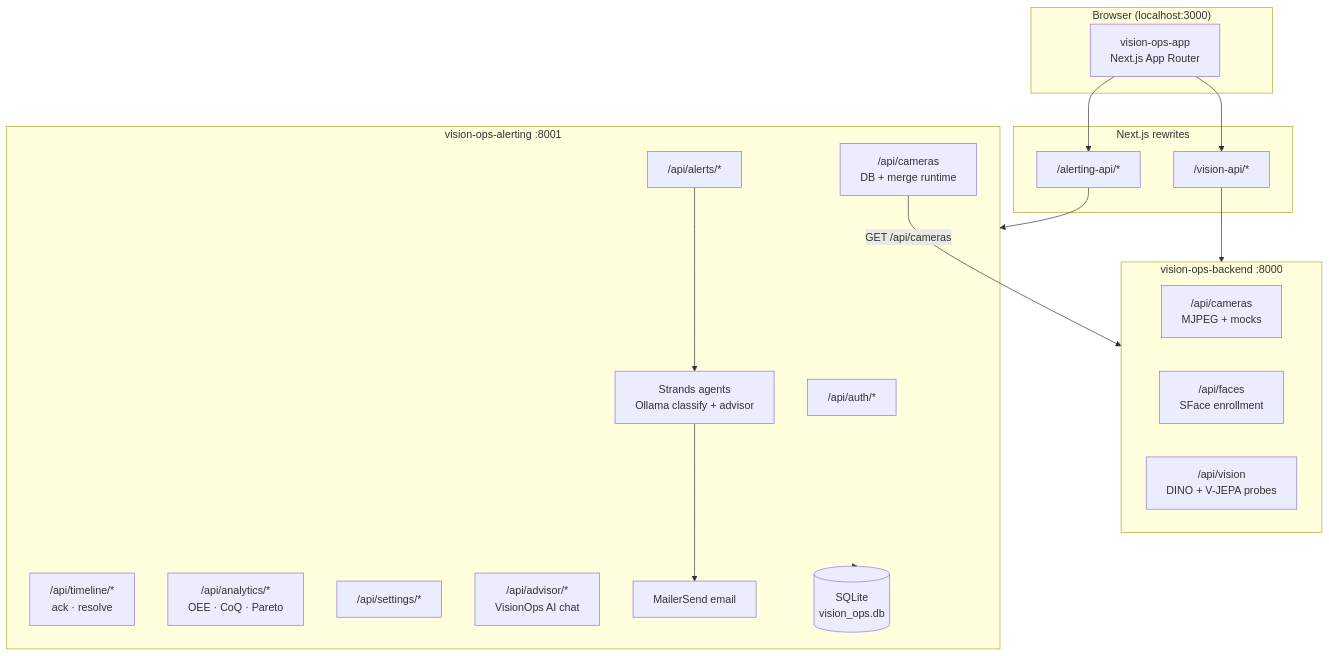
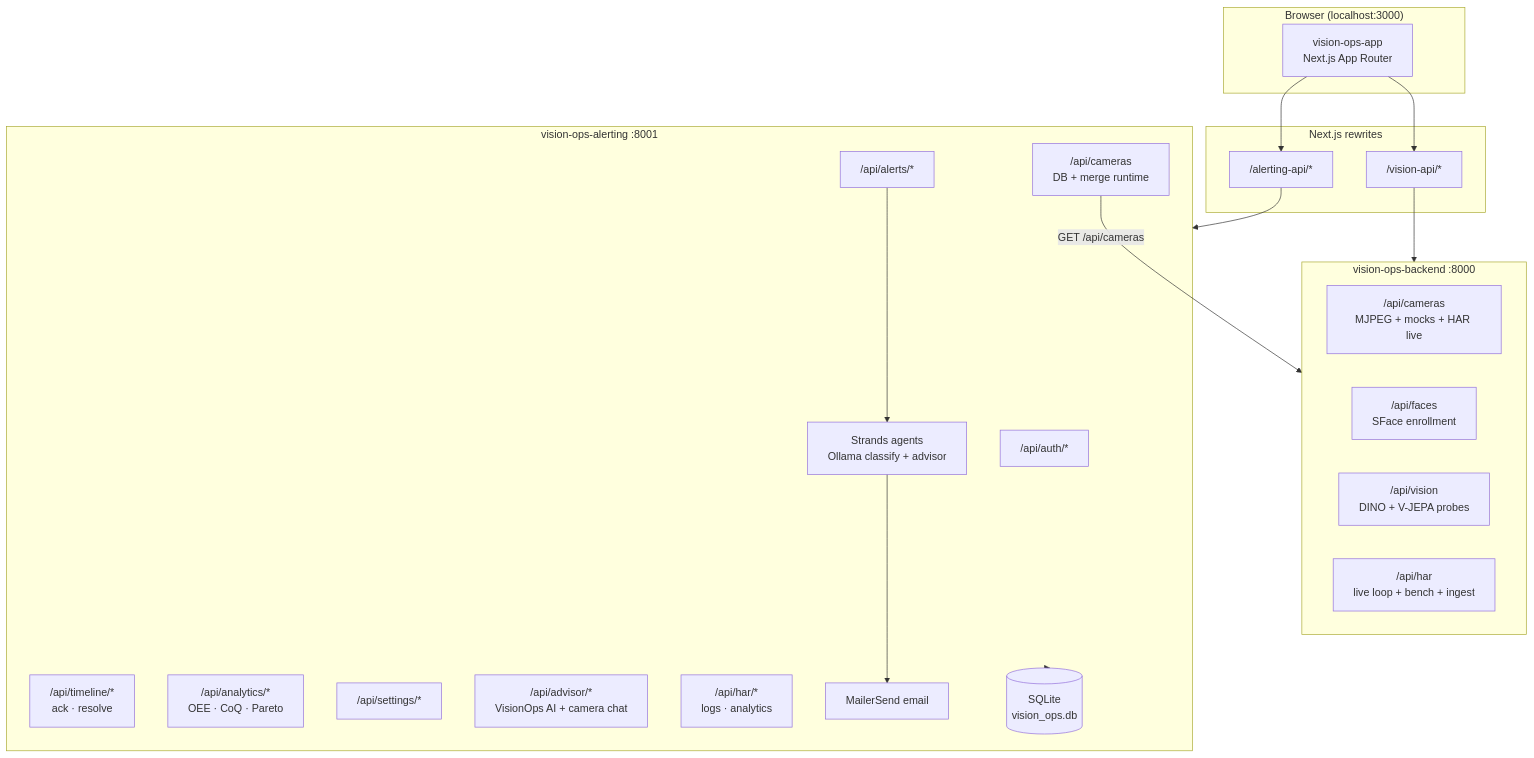
One commit to CarlosdelCastillo-Rey/AI-Co-Pilot-for-the-Production-Floor-See-Guide-Improve changed the first of 5 diagrams in README.md. Above: the diagram before and after it, drawn with Mermaid. The commit also changed other lines of this file and 5 other files, not shown here.

````diff
--- a/README.md
+++ b/README.md
@@ -40,39 +180,41 @@
 ```mermaid
 flowchart TB
     subgraph Browser["Browser (localhost:3000)"]
         UI["vision-ops-app<br/>Next.js App Router"]
     end
 
     subgraph Proxies["Next.js rewrites"]
         VP["/vision-api/*"]
         AP["/alerting-api/*"]
     end
 
     subgraph Backend8000["vision-ops-backend :8000"]
-        CAM["/api/cameras<br/>MJPEG + mocks"]
+        CAM["/api/cameras<br/>MJPEG + mocks + HAR live"]
         FACE["/api/faces<br/>SFace enrollment"]
         VIS["/api/vision<br/>DINO + V-JEPA probes"]
+        HAR["/api/har<br/>live loop + bench + ingest"]
     end
 
     subgraph Alerting8001["vision-ops-alerting :8001"]
         AUTH["/api/auth/*"]
         RULES["/api/alerts/*"]
         TL["/api/timeline/*<br/>ack · resolve"]
         AN["/api/analytics/*<br/>OEE · CoQ · Pareto"]
         SET["/api/settings/*"]
-        ADV["/api/advisor/*<br/>VisionOps AI chat"]
+        ADV["/api/advisor/*<br/>VisionOps AI + camera chat"]
+        HARAPI["/api/har/*<br/>logs · analytics"]
         DB_CAM["/api/cameras<br/>DB + merge runtime"]
         AGENT["Strands agents<br/>Ollama classify + advisor"]
         MS["MailerSend email"]
         SQLITE[("SQLite<br/>vision_ops.db")]
     end
 
     UI --> VP
     UI --> AP
     VP --> Backend8000
     AP --> Alerting8001
     DB_CAM -->|"GET /api/cameras"| Backend8000
     Alerting8001 --> SQLITE
     AGENT --> MS
     RULES --> AGENT
 ```
````
